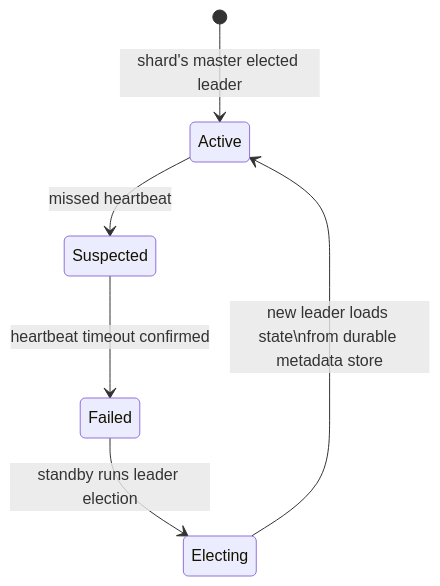
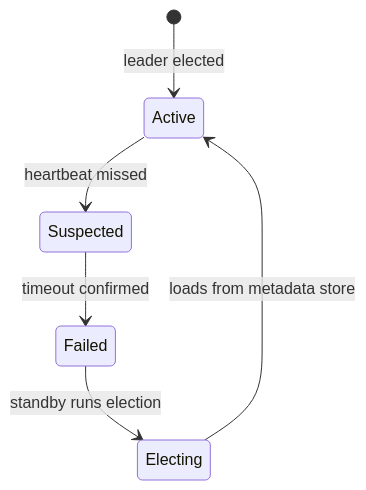
Before and after one commit to riyaz-pasha/Learnings: diagram 14 of 16 in system-design/HLD/0-course/20-Blob-Store-FAANG-Guide-story.md, drawn with Mermaid. The commit also changed other lines of this file and 1 other file, not shown here.

First line of the commit message:
improve readability and fix mermaid diagrams for Blob Store guides

````diff
--- a/system-design/HLD/0-course/20-Blob-Store-FAANG-Guide-story.md
+++ b/system-design/HLD/0-course/20-Blob-Store-FAANG-Guide-story.md
@@ -347,8 +614,8 @@
 ```mermaid
 stateDiagram-v2
-    [*] --> Active: shard's master elected leader
-    Active --> Suspected: missed heartbeat
-    Suspected --> Failed: heartbeat timeout confirmed
-    Failed --> Electing: standby runs leader election
-    Electing --> Active: new leader loads state\nfrom durable metadata store
+    [*] --> Active: leader elected
+    Active --> Suspected: heartbeat missed
+    Suspected --> Failed: timeout confirmed
+    Failed --> Electing: standby runs election
+    Electing --> Active: loads from metadata store
 ```
````
